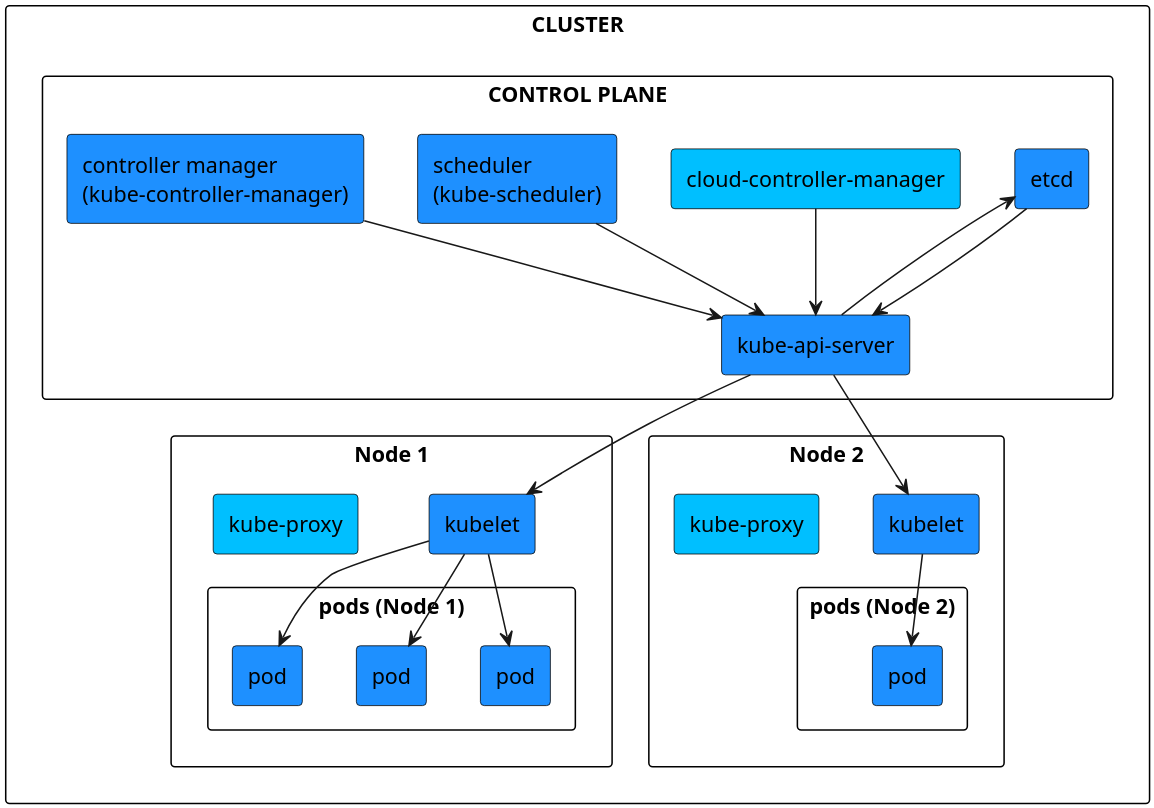
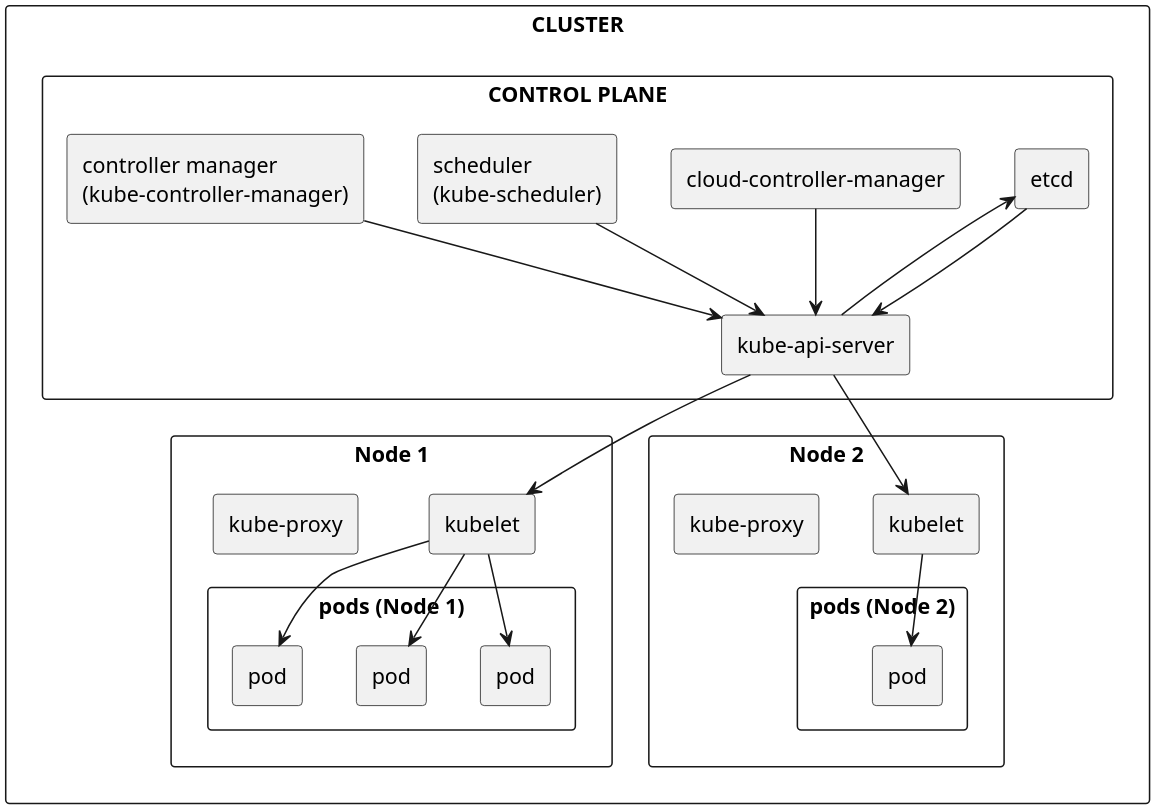
One commit to kubefold/thesis-text changed the diagram in uml/kubernetes.puml. Above: the diagram before and after it, drawn with PlantUML. The commit also changed 6 other files, not shown here.

Commit message:
feat: improve diagrams and update description for protein prediction process

```diff
--- a/uml/kubernetes.puml
+++ b/uml/kubernetes.puml
@@ -1,72 +1,68 @@
 @startuml
-' Global appearance
-skinparam rectangle {
-  BackgroundColor #ffffff
-  BorderColor black
-}
+
 skinparam shadowing false
 skinparam dpi 300
 
 ' Set overall layout to vertical
 top to bottom direction
 
 rectangle "CLUSTER" {
   ' Ensure the cluster itself stacks its children vertically
   top to bottom direction
 
   rectangle "CONTROL PLANE" {
     ' Control plane components stacked vertically
     top to bottom direction
 
-    rectangle "cloud-controller-manager" as CCM #00BFFF
-    rectangle "kube-api-server" as API #1E90FF
-    rectangle "etcd" as ETCD #1E90FF
-    rectangle "scheduler\n(kube-scheduler)" as SCHED #1E90FF
-    rectangle "controller manager\n(kube-controller-manager)" as CTRL #1E90FF
+    rectangle "cloud-controller-manager" as CCM
+    rectangle "kube-api-server" as API
+    rectangle "etcd" as ETCD
+    rectangle "scheduler\n(kube-scheduler)" as SCHED
+    rectangle "controller manager\n(kube-controller-manager)" as CTRL
   }
 
   rectangle "Node 1" {
     ' Node 1 components stacked vertically
     top to bottom direction
 
-    rectangle "kubelet" as KLET1 #1E90FF
-    rectangle "kube-proxy" as KPROXY1 #00BFFF
+    rectangle "kubelet" as KLET1
+    rectangle "kube-proxy" as KPROXY1
     rectangle "pods (Node 1)" {
       top to bottom direction
 
-      rectangle "pod" as POD1_1 #1E90FF
-      rectangle "pod" as POD1_2 #1E90FF
-      rectangle "pod" as POD1_3 #1E90FF
+      rectangle "pod" as POD1_1
+      rectangle "pod" as POD1_2
+      rectangle "pod" as POD1_3
     }
   }
 
   rectangle "Node 2" {
     ' Node 2 components stacked vertically
     top to bottom direction
 
-    rectangle "kubelet" as KLET2 #1E90FF
-    rectangle "kube-proxy" as KPROXY2 #00BFFF
+    rectangle "kubelet" as KLET2
+    rectangle "kube-proxy" as KPROXY2
     rectangle "pods (Node 2)" {
       top to bottom direction
 
-      rectangle "pod" as POD2_1 #1E90FF
+      rectangle "pod" as POD2_1
     }
   }
 }
 
 ' Draw arrows *after* to maintain visual structure
 CCM --> API
 API -l-> ETCD
 ETCD --> API
 SCHED --> API
 CTRL --> API
 
 API -d-> KLET1
 API -d-> KLET2
 
 KLET1 --> POD1_1
 KLET1 --> POD1_2
 KLET1 --> POD1_3
 
 KLET2 --> POD2_1
 @enduml
```
